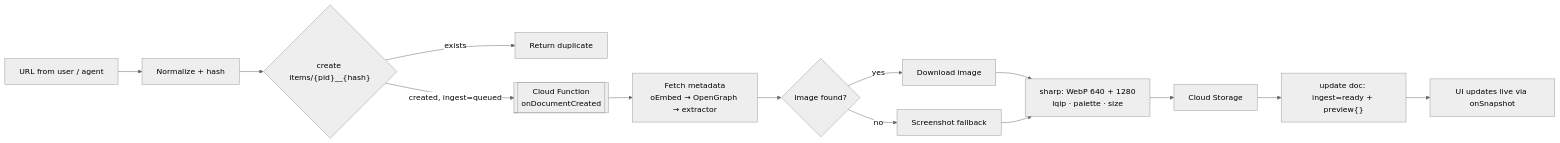
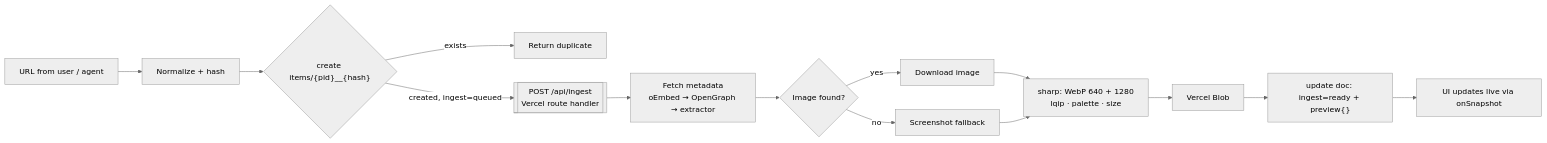
The diagram in docs/PLAN.md (hamza00555-sketch/Ilham), drawn with Mermaid (neutral theme) before and after one commit. The commit also changed other lines of this file and 41 other files, not shown here.

First line of the commit message:
Run on free tiers: move ingestion to Vercel, previews to Vercel Blob

````diff
--- a/docs/PLAN.md
+++ b/docs/PLAN.md
@@ -217,16 +206,16 @@
 ```mermaid
 flowchart LR
   A[URL from user / agent] --> B[Normalize + hash]
   B --> C{"create items/{pid}__{hash}"}
   C -- exists --> Z[Return duplicate]
-  C -- created, ingest=queued --> T[["Cloud Function<br/>onDocumentCreated"]]
+  C -- created, ingest=queued --> T[["POST /api/ingest<br/>Vercel route handler"]]
   T --> D[Fetch metadata<br/>oEmbed → OpenGraph → extractor]
   D --> E{Image found?}
   E -- yes --> F[Download image]
   E -- no --> G[Screenshot fallback]
   F --> H[sharp: WebP 640 + 1280<br/>lqip · palette · size]
   G --> H
-  H --> I[Cloud Storage]
+  H --> I[Vercel Blob]
   I --> U["update doc: ingest=ready + preview{}"]
   U --> L[UI updates live via onSnapshot]
 ```
````
